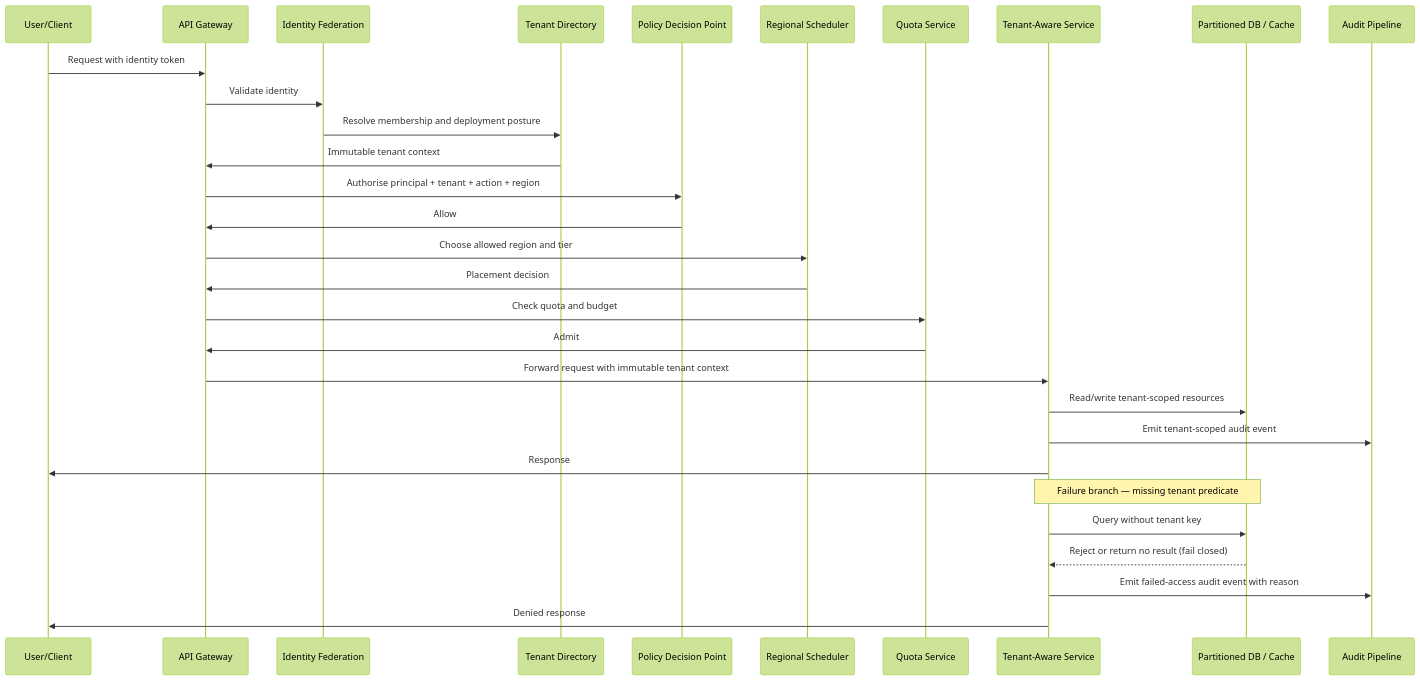
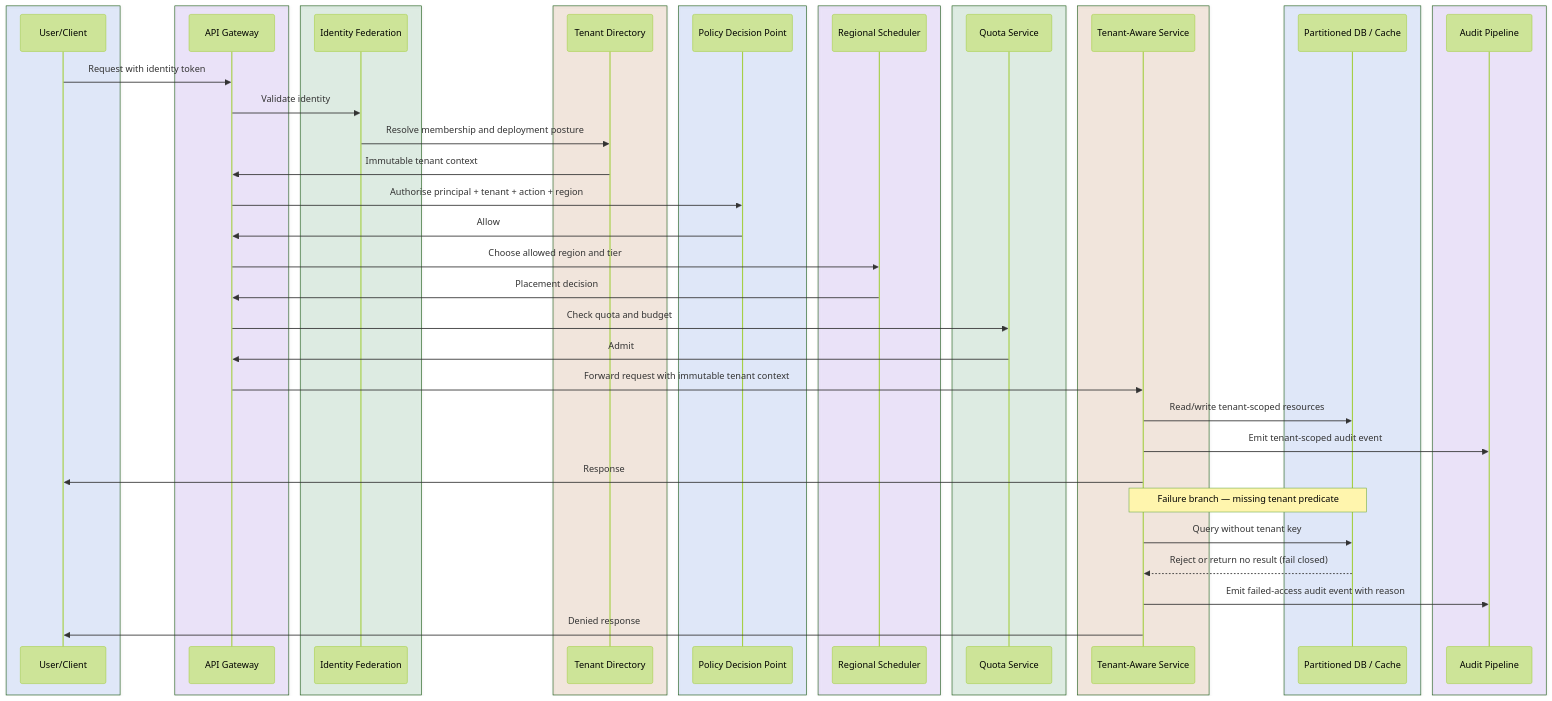
Before and after one commit to Sourav692/Forward-Deployed-Engineer-Interview-Prep: the fifth of 5 diagrams in site/content/modules/15-fde-case-studies/platforms-and-scale/secure-multi-tenant-ai-platform/full-pack-part-2.md, drawn with Mermaid (forest theme). The commit also changed other lines of this file and 1268 other files, not shown here.

First line of the commit message:
content: polish Casebook writing and Mermaid diagrams (#251)

````diff
--- a/site/content/modules/15-fde-case-studies/platforms-and-scale/secure-multi-tenant-ai-platform/full-pack-part-2.md
+++ b/site/content/modules/15-fde-case-studies/platforms-and-scale/secure-multi-tenant-ai-platform/full-pack-part-2.md
@@ -132,32 +203,52 @@
 ```mermaid
 sequenceDiagram
-    participant User as User/Client
-    participant GW as API Gateway
-    participant IF as Identity Federation
-    participant TD as Tenant Directory
-    participant PDP as Policy Decision Point
-    participant RS as Regional Scheduler
-    participant Q as Quota Service
-    participant TAS as Tenant-Aware Service
-    participant DB as Partitioned DB / Cache
-    participant Audit as Audit Pipeline
+    box rgba(37,99,235,0.12)
+        participant User as User/Client
+    end
+    box rgba(124,58,237,0.12)
+        participant GW as API Gateway
+    end
+    box rgba(21,128,61,0.12)
+        participant IF as Identity Federation
+    end
+    box rgba(180,83,9,0.12)
+        participant TD as Tenant Directory
+    end
+    box rgba(37,99,235,0.12)
+        participant PDP as Policy Decision Point
+    end
+    box rgba(124,58,237,0.12)
+        participant RS as Regional Scheduler
+    end
+    box rgba(21,128,61,0.12)
+        participant Q as Quota Service
+    end
+    box rgba(180,83,9,0.12)
+        participant TAS as Tenant-Aware Service
+    end
+    box rgba(37,99,235,0.12)
+        participant DB as Partitioned DB / Cache
+    end
+    box rgba(124,58,237,0.12)
+        participant Audit as Audit Pipeline
+    end
     User->>GW: Request with identity token
     GW->>IF: Validate identity
     IF->>TD: Resolve membership and deployment posture
     TD->>GW: Immutable tenant context
     GW->>PDP: Authorise principal + tenant + action + region
     PDP->>GW: Allow
     GW->>RS: Choose allowed region and tier
     RS->>GW: Placement decision
     GW->>Q: Check quota and budget
     Q->>GW: Admit
     GW->>TAS: Forward request with immutable tenant context
     TAS->>DB: Read/write tenant-scoped resources
     TAS->>Audit: Emit tenant-scoped audit event
     TAS->>User: Response
     Note over TAS,DB: Failure branch — missing tenant predicate
     TAS->>DB: Query without tenant key
     DB-->>TAS: Reject or return no result (fail closed)
     TAS->>Audit: Emit failed-access audit event with reason
     TAS->>User: Denied response
 ```
````
